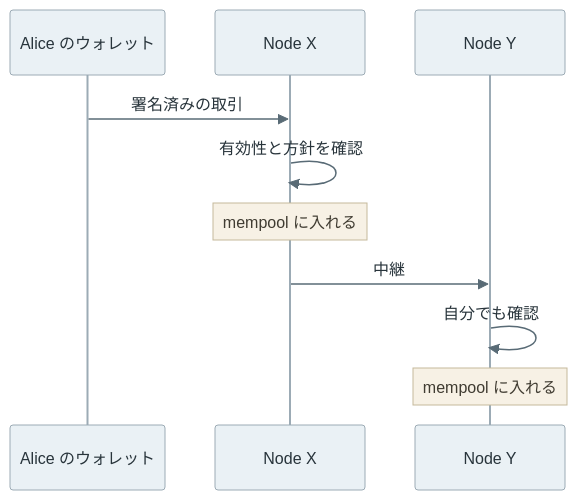
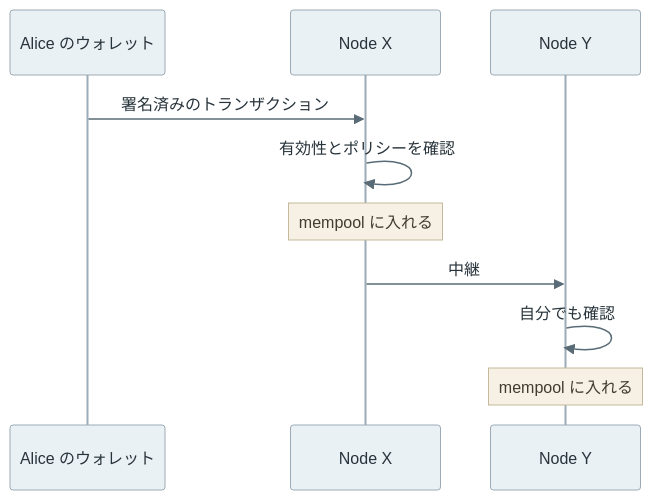
Before and after one commit to nao1215/debimate: the third of 5 diagrams in content/notes/blockchain-systems/bitcoin-transaction-lifecycle/index.md, drawn with Mermaid. The commit also changed other lines of this file and 12 other files, not shown here.

````diff
--- a/content/notes/blockchain-systems/bitcoin-transaction-lifecycle/index.md
+++ b/content/notes/blockchain-systems/bitcoin-transaction-lifecycle/index.md
@@ -98,13 +98,13 @@
 ```mermaid
 %%{init: {"theme":"base","themeVariables":{"primaryColor":"#eaf1f5","primaryTextColor":"#28343b","primaryBorderColor":"#9cabb5","lineColor":"#596b76","textColor":"#28343b","actorBkg":"#eaf1f5","actorBorder":"#9cabb5","actorTextColor":"#28343b","actorLineColor":"#9cabb5","signalColor":"#596b76","signalTextColor":"#28343b","noteBkgColor":"#f7f1e5","noteBorderColor":"#c5b99b","noteTextColor":"#403c32","activationBkgColor":"#edf3ef","activationBorderColor":"#9aafa1"}}}%%
 sequenceDiagram
     participant W as Alice のウォレット
     participant X as Node X
     participant Y as Node Y
-    W->>X: 署名済みの取引
-    X->>X: 有効性と方針を確認
+    W->>X: 署名済みのトランザクション
+    X->>X: 有効性とポリシーを確認
     Note over X: mempool に入れる
     X->>Y: 中継
     Y->>Y: 自分でも確認
     Note over Y: mempool に入れる
 ```
````
